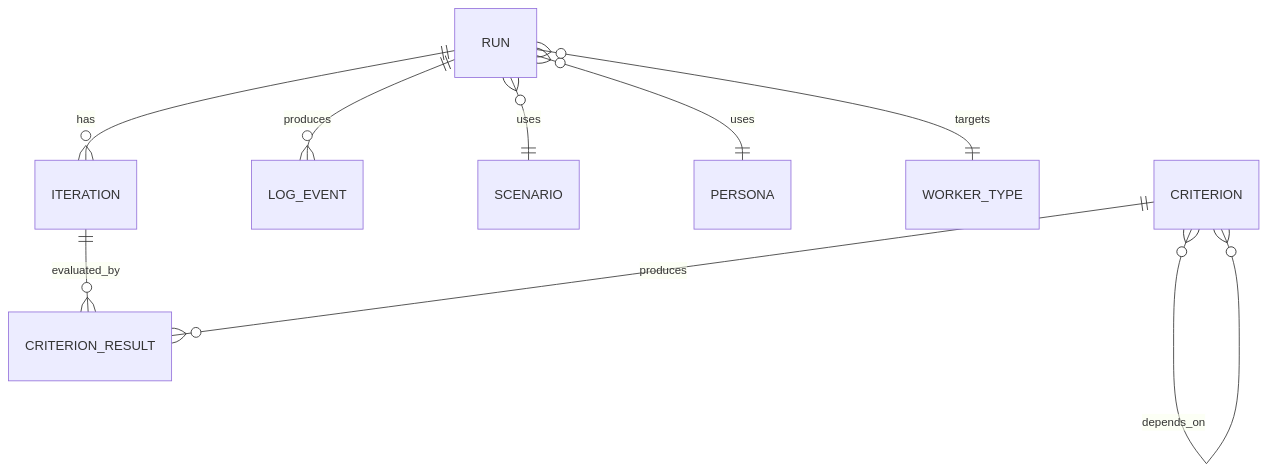
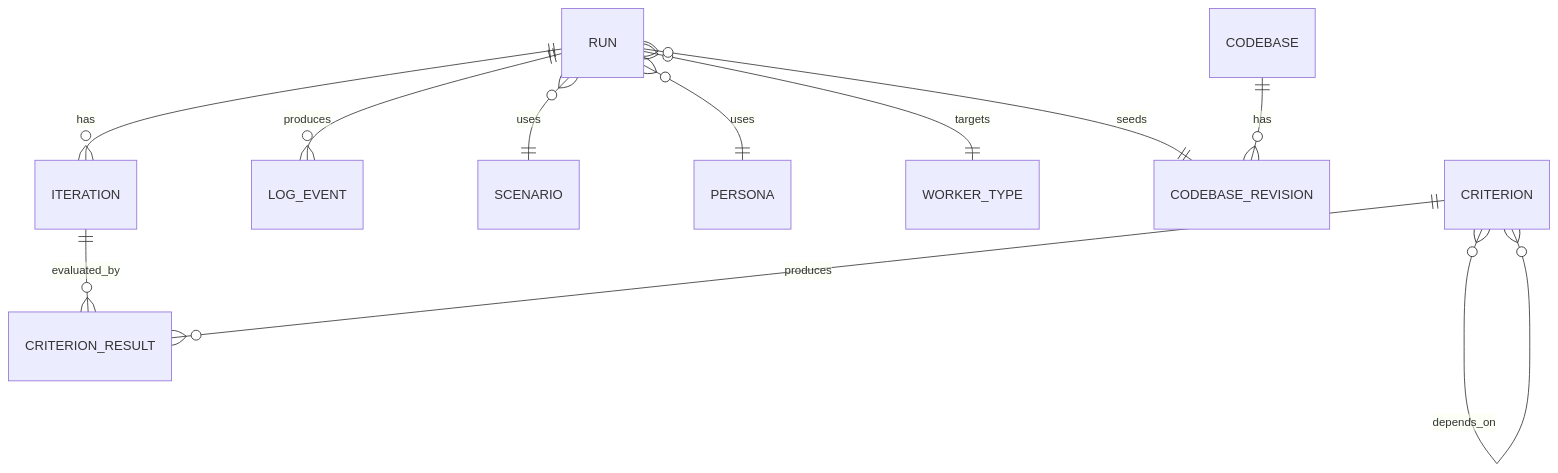
The second of 3 diagrams in docs/architecture/app-design.md (Gile987/scope), drawn with Mermaid before and after one commit. The commit also changed other lines of this file and 2 other files, not shown here.

Commit message:
docs: add codebase architecture documentation

````diff
--- a/docs/architecture/app-design.md
+++ b/docs/architecture/app-design.md
@@ -35,11 +35,13 @@
 ```mermaid
 erDiagram
     RUN ||--o{ ITERATION : has
     RUN ||--o{ LOG_EVENT : produces
     RUN }o--|| SCENARIO : uses
     RUN }o--|| PERSONA : uses
     RUN }o--|| WORKER_TYPE : targets
+    RUN }o--|| CODEBASE_REVISION : seeds
     ITERATION ||--o{ CRITERION_RESULT : evaluated_by
     CRITERION ||--o{ CRITERION_RESULT : produces
     CRITERION }o--o{ CRITERION : depends_on
+    CODEBASE ||--o{ CODEBASE_REVISION : has
 ```
````
